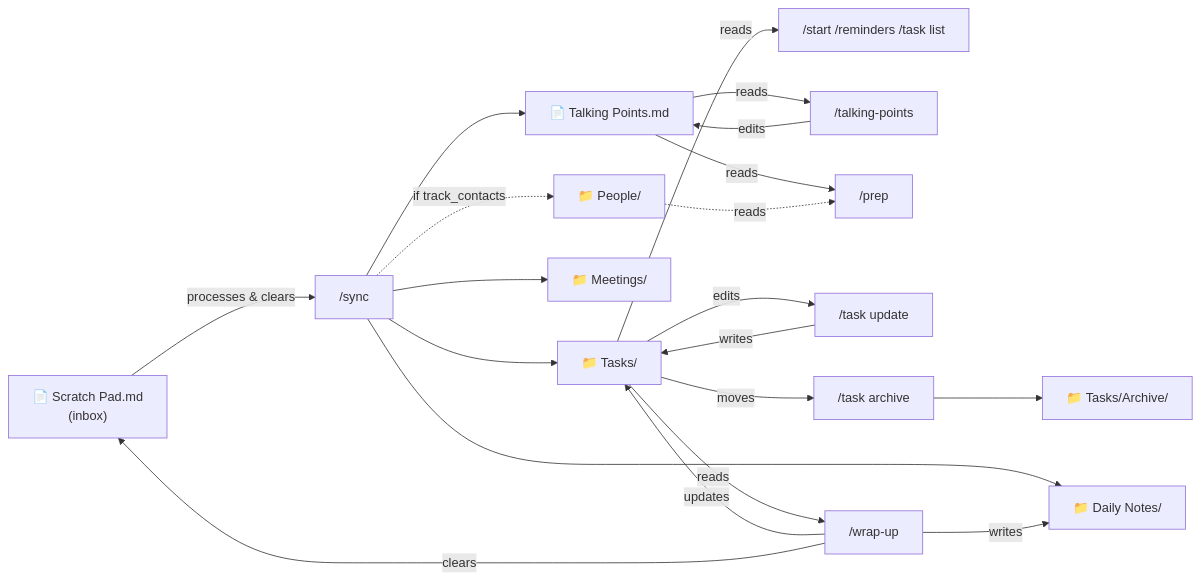
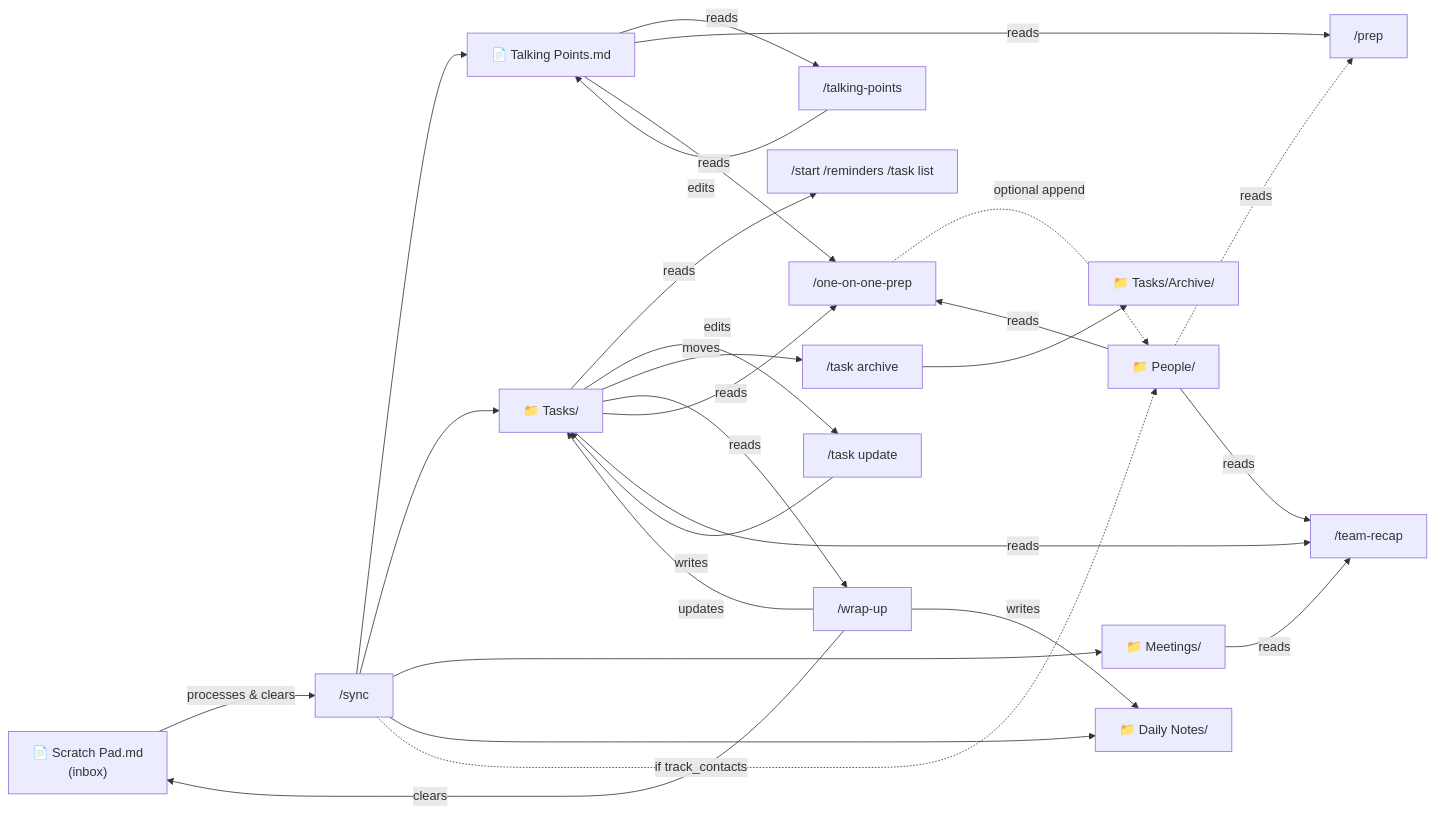
The diagram in plugins/productivity/daily-notes/CONTRIBUTING.md (GhaidaAlAtoum/plugin-playground), drawn with Mermaid before and after one commit. The commit also changed other lines of this file and 10 other files, not shown here.

First line of the commit message:
Phase 4: role expansion — /one-on-one-prep, /team-recap, /release-notes

````diff
--- a/plugins/productivity/daily-notes/CONTRIBUTING.md
+++ b/plugins/productivity/daily-notes/CONTRIBUTING.md
@@ -9,27 +9,36 @@
 ```mermaid
 flowchart LR
     SP["📄 Scratch Pad.md\n(inbox)"]
 
     SP -->|processes & clears| SY["/sync"]
     SY --> TP["📄 Talking Points.md"]
     SY --> TF["📁 Tasks/"]
     SY --> MF["📁 Meetings/"]
     SY --> DN["📁 Daily Notes/"]
     SY -.->|if track_contacts| PF["📁 People/"]
 
     TF -->|reads| ST["/start  /reminders  /task list"]
     TP -->|reads| TP_SK["/talking-points"]
     TP_SK -->|edits| TP
     TP -->|reads| PR["/prep"]
     PF -.->|reads| PR
 
     TF -->|edits| TU["/task update"]
     TU -->|writes| TF
     TF -->|moves| TA["/task archive"]
     TA --> ARC["📁 Tasks/Archive/"]
 
     TF -->|reads| WU["/wrap-up"]
     WU -->|updates| TF
     WU -->|writes| DN
     WU -->|clears| SP
+
+    PF -->|reads| OOOP["/one-on-one-prep"]
+    TP -->|reads| OOOP
+    TF -->|reads| OOOP
+    OOOP -.->|optional append| PF
+
+    PF -->|reads| TR["/team-recap"]
+    TF -->|reads| TR
+    MF -->|reads| TR
 ```
````
